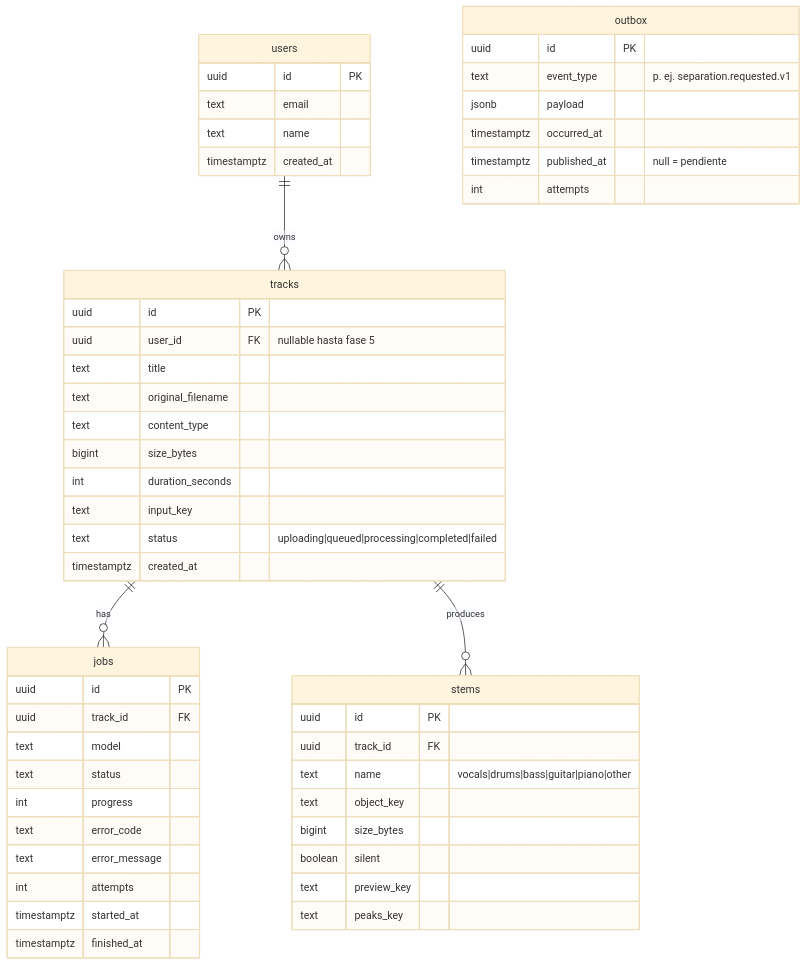
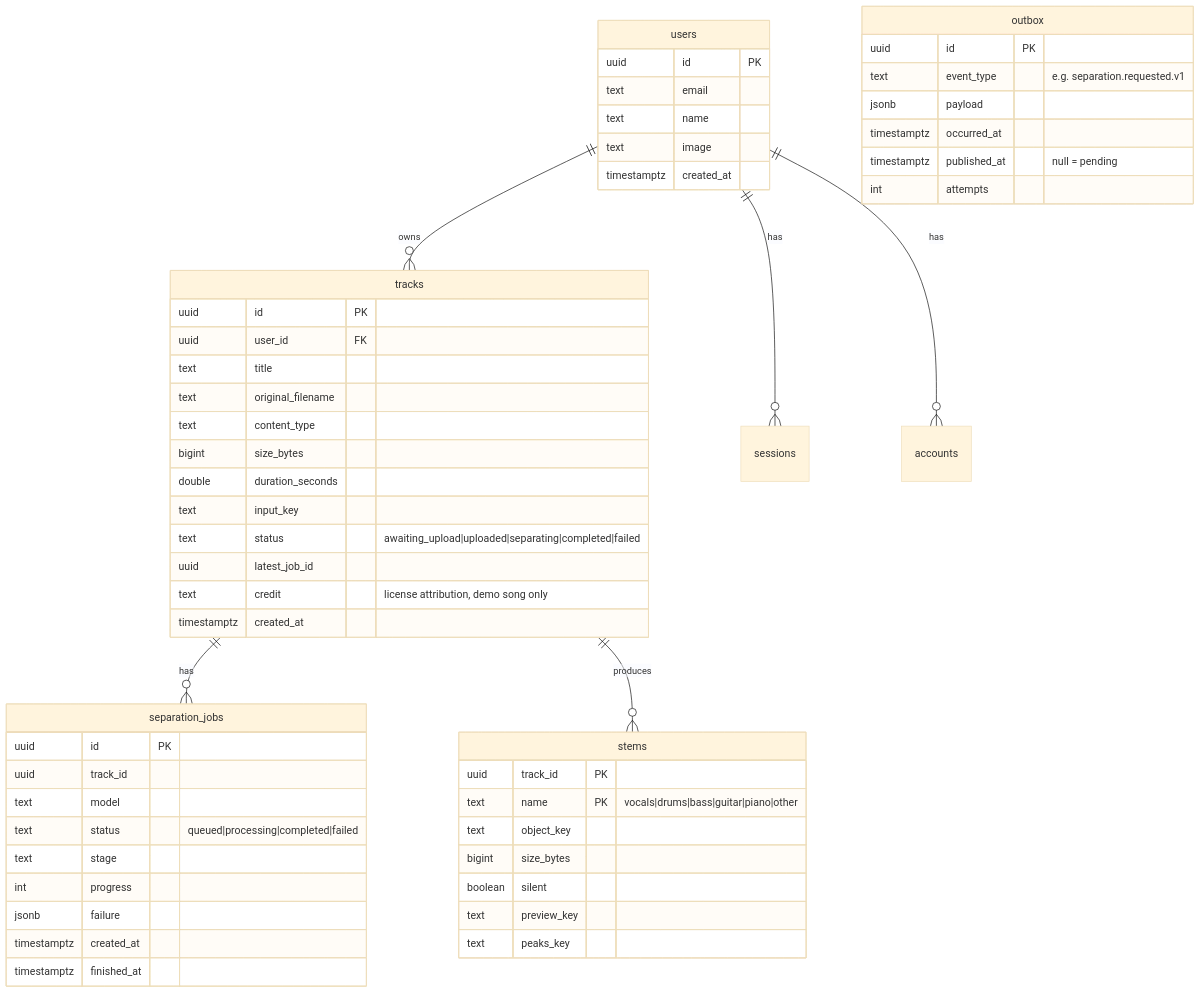
One commit to llOrtegall/unmix changed the diagram in docs/04-data-model.md. Above: the diagram before and after it, drawn with Mermaid (base theme). The commit also changed other lines of this file and 57 other files, not shown here.

````diff
--- a/docs/04-data-model.md
+++ b/docs/04-data-model.md
@@ -5,55 +5,58 @@
 ```mermaid
 erDiagram
   users ||--o{ tracks : owns
-  tracks ||--o{ jobs : has
+  users ||--o{ sessions : has
+  users ||--o{ accounts : has
+  tracks ||--o{ separation_jobs : has
   tracks ||--o{ stems : produces
 
   users {
     uuid id PK
     text email
     text name
+    text image
     timestamptz created_at
   }
   tracks {
     uuid id PK
-    uuid user_id FK "nullable hasta fase 5"
+    uuid user_id FK
     text title
     text original_filename
     text content_type
     bigint size_bytes
-    int duration_seconds
+    double duration_seconds
     text input_key
-    text status "uploading|queued|processing|completed|failed"
+    text status "awaiting_upload|uploaded|separating|completed|failed"
+    uuid latest_job_id
+    text credit "license attribution, demo song only"
     timestamptz created_at
   }
-  jobs {
+  separation_jobs {
     uuid id PK
-    uuid track_id FK
+    uuid track_id
     text model
-    text status
+    text status "queued|processing|completed|failed"
+    text stage
     int progress
-    text error_code
-    text error_message
-    int attempts
-    timestamptz started_at
+    jsonb failure
+    timestamptz created_at
     timestamptz finished_at
   }
   stems {
-    uuid id PK
-    uuid track_id FK
-    text name "vocals|drums|bass|guitar|piano|other"
+    uuid track_id PK
+    text name PK "vocals|drums|bass|guitar|piano|other"
     text object_key
     bigint size_bytes
     boolean silent
     text preview_key
     text peaks_key
   }
   outbox {
     uuid id PK
-    text event_type "p. ej. separation.requested.v1"
+    text event_type "e.g. separation.requested.v1"
     jsonb payload
     timestamptz occurred_at
-    timestamptz published_at "null = pendiente"
+    timestamptz published_at "null = pending"
     int attempts
   }
 ```
````
